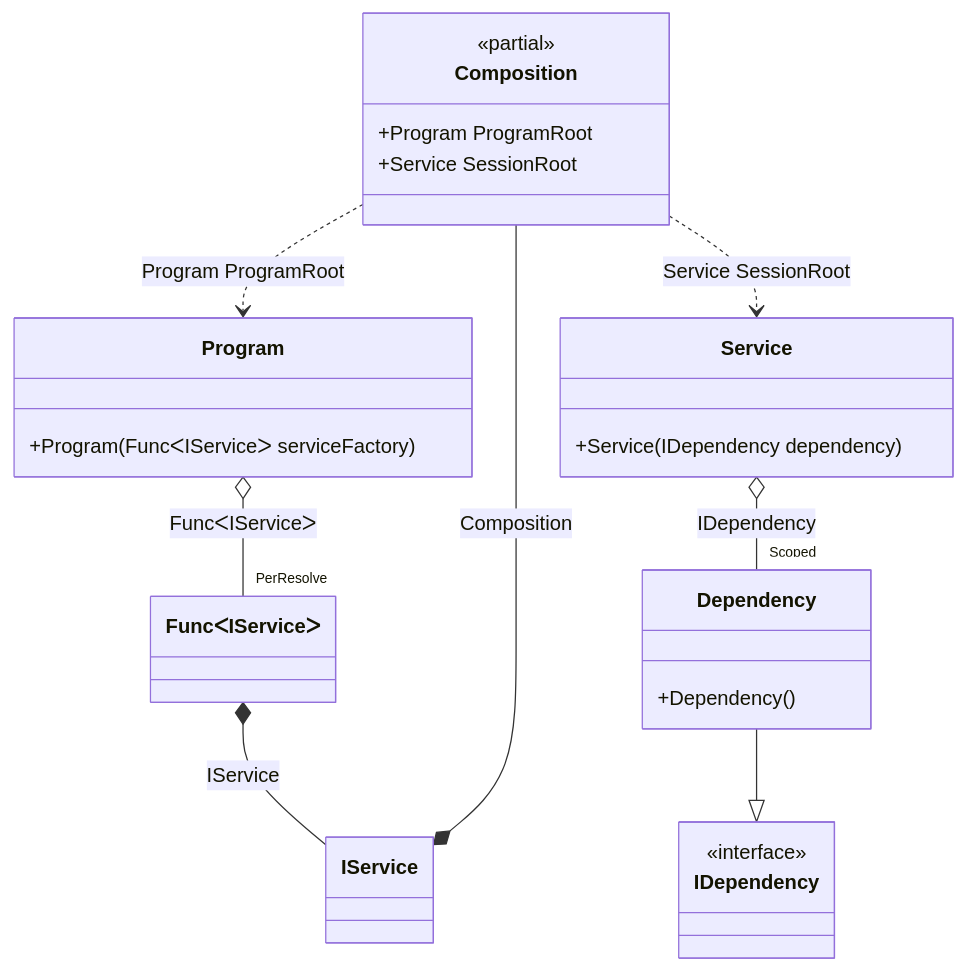
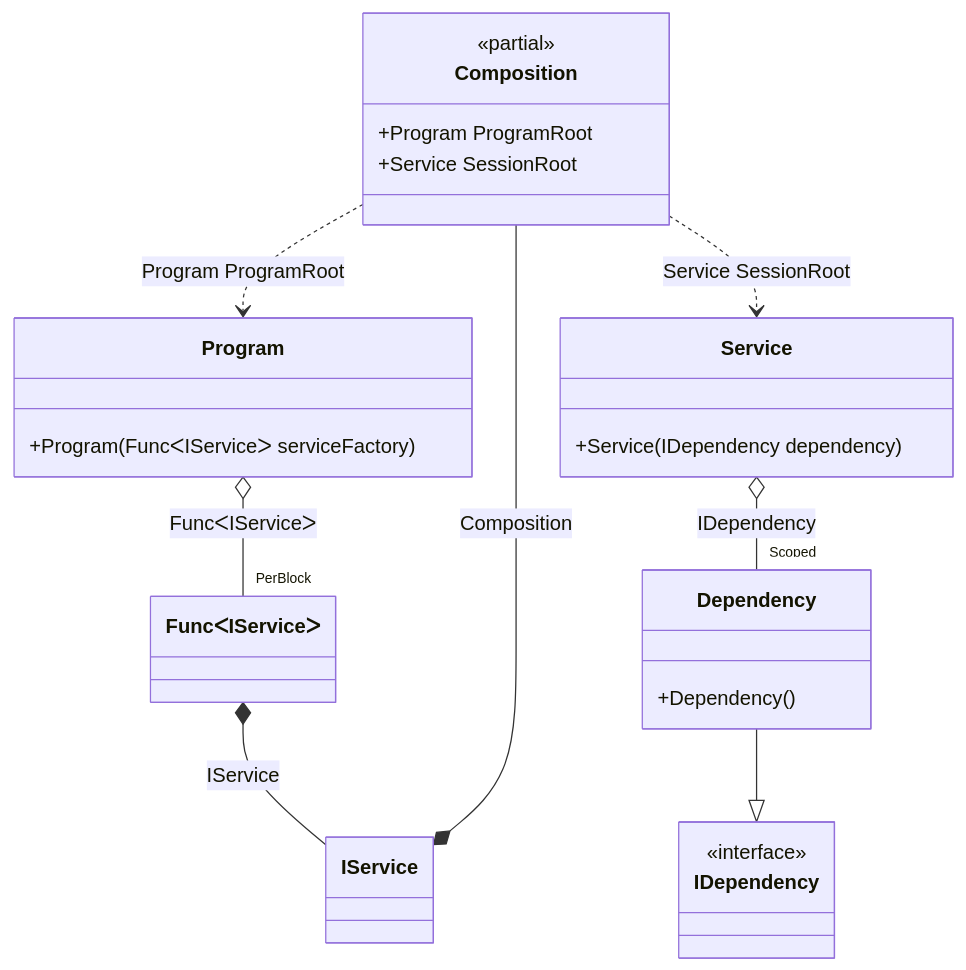
Before and after one commit to DevTeam/Pure.DI: the diagram in readme/auto-scoped.md, drawn with Mermaid. The commit also changed other lines of this file and 33 other files, not shown here.

````diff
--- a/readme/auto-scoped.md
+++ b/readme/auto-scoped.md
@@ -148,30 +138,30 @@
 ```mermaid
 classDiagram
 	class Composition {
 		<<partial>>
 		+Program ProgramRoot
 		+Service SessionRoot
 	}
 	class Service {
 		+Service(IDependency dependency)
 	}
 	class Program {
 		+Program(FuncᐸIServiceᐳ serviceFactory)
 	}
 	Dependency --|> IDependency
 	class Dependency {
 		+Dependency()
 	}
 	class IService
 	class FuncᐸIServiceᐳ
 	class Composition
 	class IDependency {
 		<<interface>>
 	}
 	Service o-- "Scoped" Dependency : IDependency
-	Program o-- "PerResolve" FuncᐸIServiceᐳ : FuncᐸIServiceᐳ
+	Program o-- "PerBlock" FuncᐸIServiceᐳ : FuncᐸIServiceᐳ
 	Composition ..> Program : Program ProgramRoot
 	Composition ..> Service : Service SessionRoot
 	IService *--  Composition : Composition
 	FuncᐸIServiceᐳ *--  IService : IService
 ```
````
